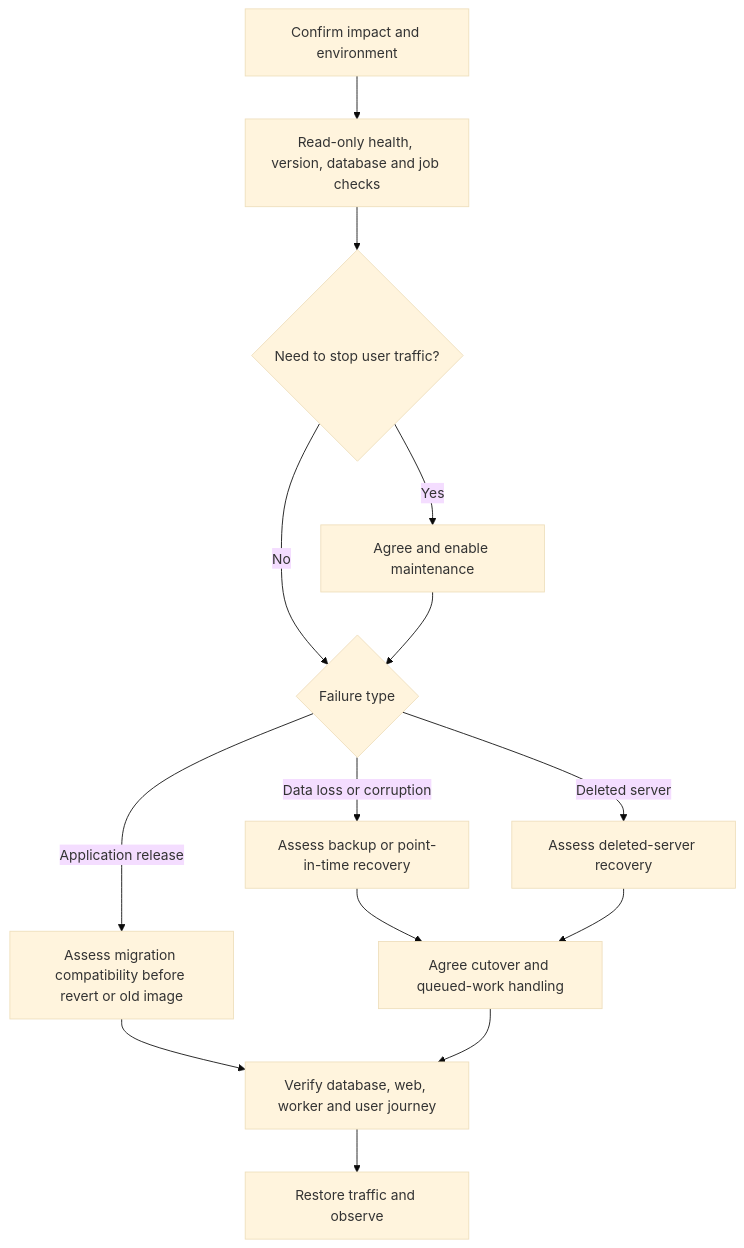
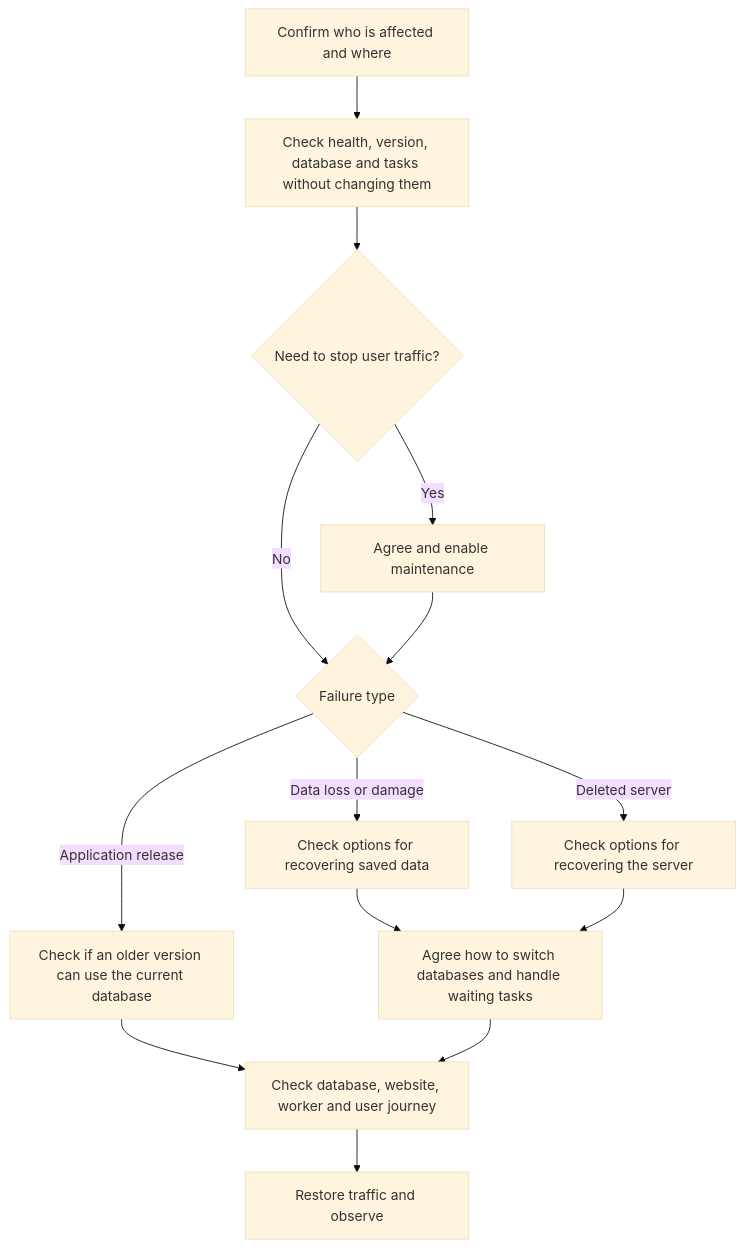
The diagram in docs/runbooks/recovery.md (DFE-Digital/find-placement-schools), drawn with Mermaid (base theme) before and after one commit. The commit also changed other lines of this file and 15 other files, not shown here.

````diff
--- a/docs/runbooks/recovery.md
+++ b/docs/runbooks/recovery.md
@@ -9,16 +13,16 @@
 ```mermaid
 flowchart TD
-  Problem[Confirm impact and environment] --> Check[Read-only health, version, database and job checks]
+  Problem[Confirm who is affected and where] --> Check[Check health, version, database and tasks without changing them]
   Check --> Protect{Need to stop user traffic?}
   Protect -->|Yes| Maintenance[Agree and enable maintenance]
   Protect -->|No| Type{Failure type}
   Maintenance --> Type
-  Type -->|Application release| Code[Assess migration compatibility before revert or old image]
-  Type -->|Data loss or corruption| Restore[Assess backup or point-in-time recovery]
-  Type -->|Deleted server| Deleted[Assess deleted-server recovery]
-  Code --> Verify[Verify database, web, worker and user journey]
-  Restore --> Cutover[Agree cutover and queued-work handling]
+  Type -->|Application release| Code[Check if an older version can use the current database]
+  Type -->|Data loss or damage| Restore[Check options for recovering saved data]
+  Type -->|Deleted server| Deleted[Check options for recovering the server]
+  Code --> Verify[Check database, website, worker and user journey]
+  Restore --> Cutover[Agree how to switch databases and handle waiting tasks]
   Deleted --> Cutover
   Cutover --> Verify
   Verify --> Resume[Restore traffic and observe]
 ```
````
